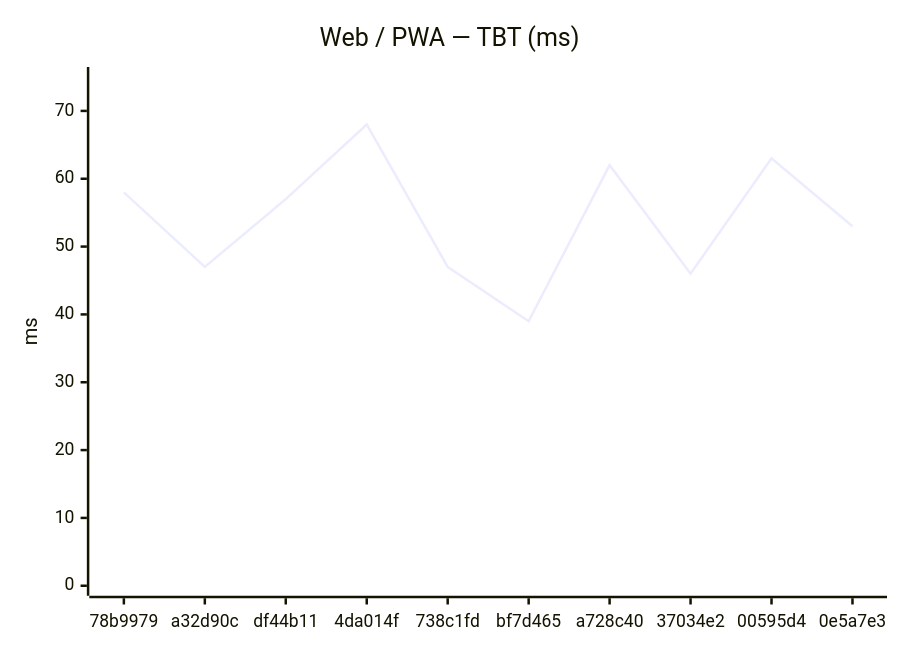
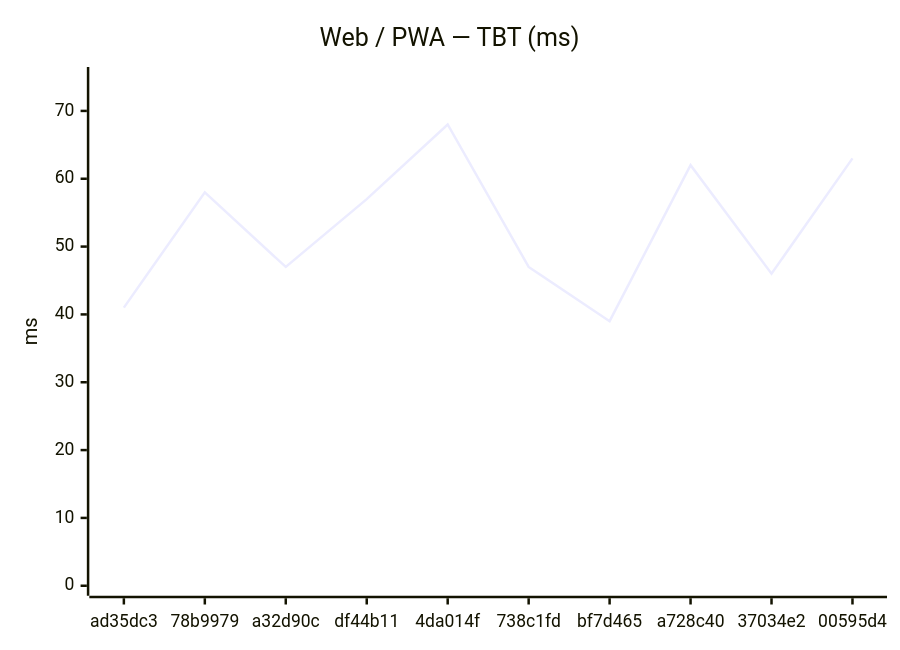
The second of 24 diagrams in benchmarks/compare.md (Metaheurist/Rianell), drawn with Mermaid before and after one commit. The commit also changed other lines of this file and 12 other files, not shown here.

````diff
--- a/benchmarks/compare.md
+++ b/benchmarks/compare.md
@@ -31,7 +31,7 @@
 ```mermaid
 xychart-beta
     title "Web / PWA — TBT (ms)"
-    x-axis ["78b9979", "a32d90c", "df44b11", "4da014f", "738c1fd", "bf7d465", "a728c40", "37034e2", "00595d4", "0e5a7e3"]
+    x-axis ["ad35dc3", "78b9979", "a32d90c", "df44b11", "4da014f", "738c1fd", "bf7d465", "a728c40", "37034e2", "00595d4"]
     y-axis "ms" 0 --> 75
-    line [58, 47, 57, 68, 47, 39, 62, 46, 63, 53]
+    line [41, 58, 47, 57, 68, 47, 39, 62, 46, 63]
 ```
````
